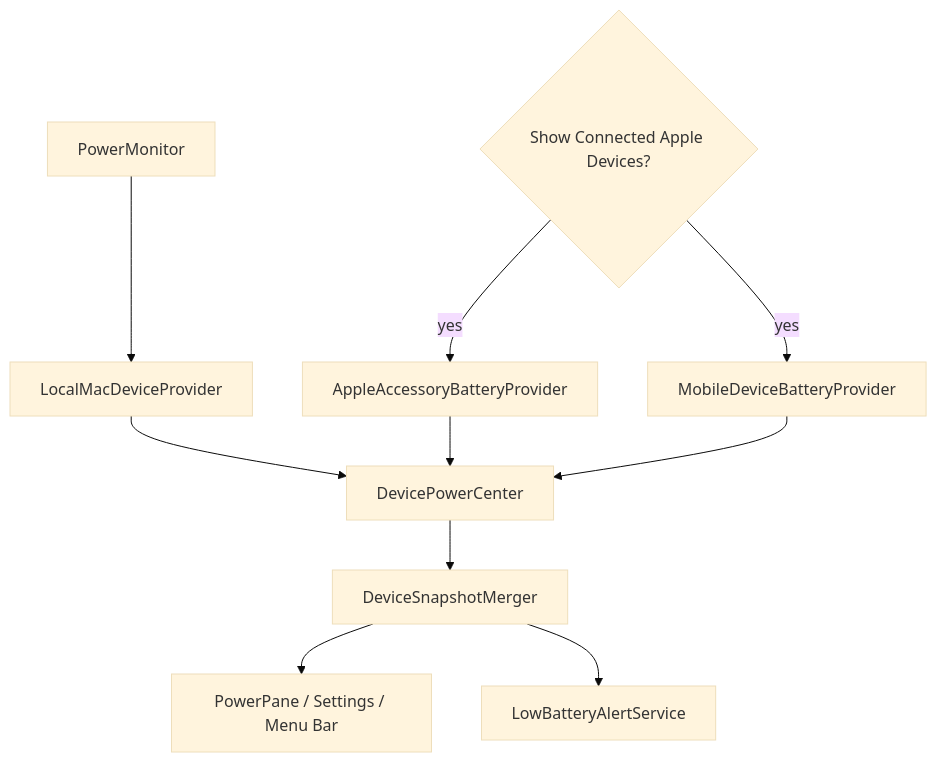
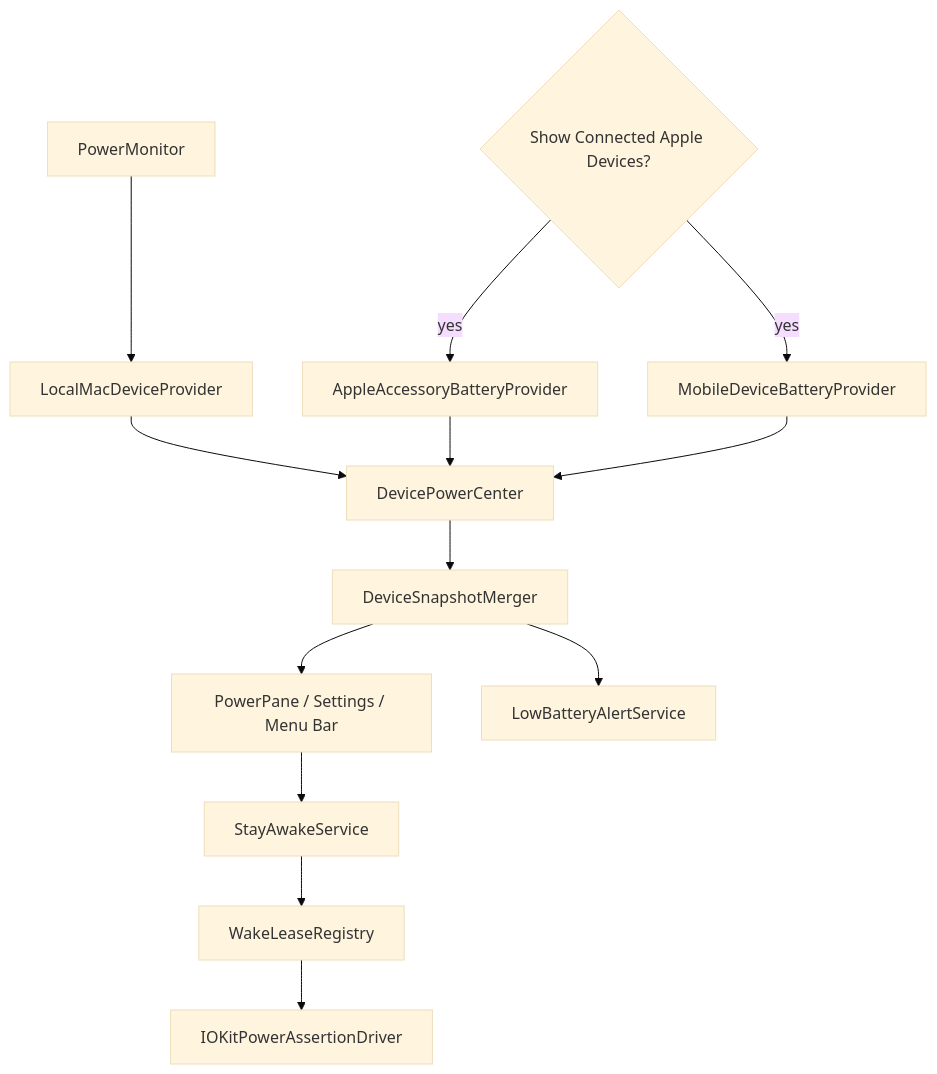
Before and after one commit to TumanovNV/impuls: the diagram in knowledge-base/02-modules/power.md, drawn with Mermaid (base theme). The commit also changed other lines of this file and 21 other files, not shown here.

First line of the commit message:
Add the Stay Awake mode to Power Center (IMP-40)

````diff
--- a/knowledge-base/02-modules/power.md
+++ b/knowledge-base/02-modules/power.md
@@ -19,12 +19,15 @@
 ```mermaid
 flowchart TD
     PM[PowerMonitor] --> LOCAL[LocalMacDeviceProvider]
     LOCAL --> DPC[DevicePowerCenter]
     EXT{Show Connected Apple Devices?} -->|yes| ACC[AppleAccessoryBatteryProvider]
     EXT -->|yes| MOB[MobileDeviceBatteryProvider]
     ACC --> DPC
     MOB --> DPC
     DPC --> MERGE[DeviceSnapshotMerger]
     MERGE --> UI[PowerPane / Settings / Menu Bar]
     MERGE --> ALERT[LowBatteryAlertService]
+    UI --> SAW[StayAwakeService]
+    SAW --> LEASE[WakeLeaseRegistry]
+    LEASE --> DRV[IOKitPowerAssertionDriver]
 ```
````
